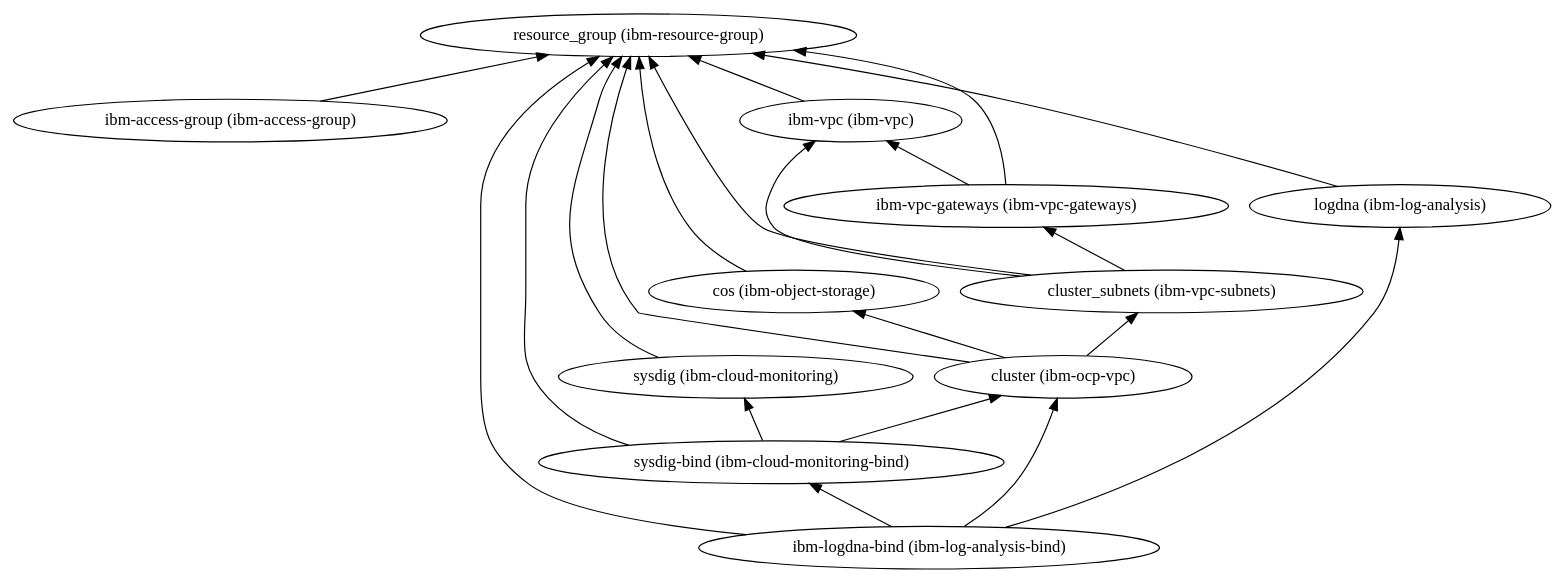
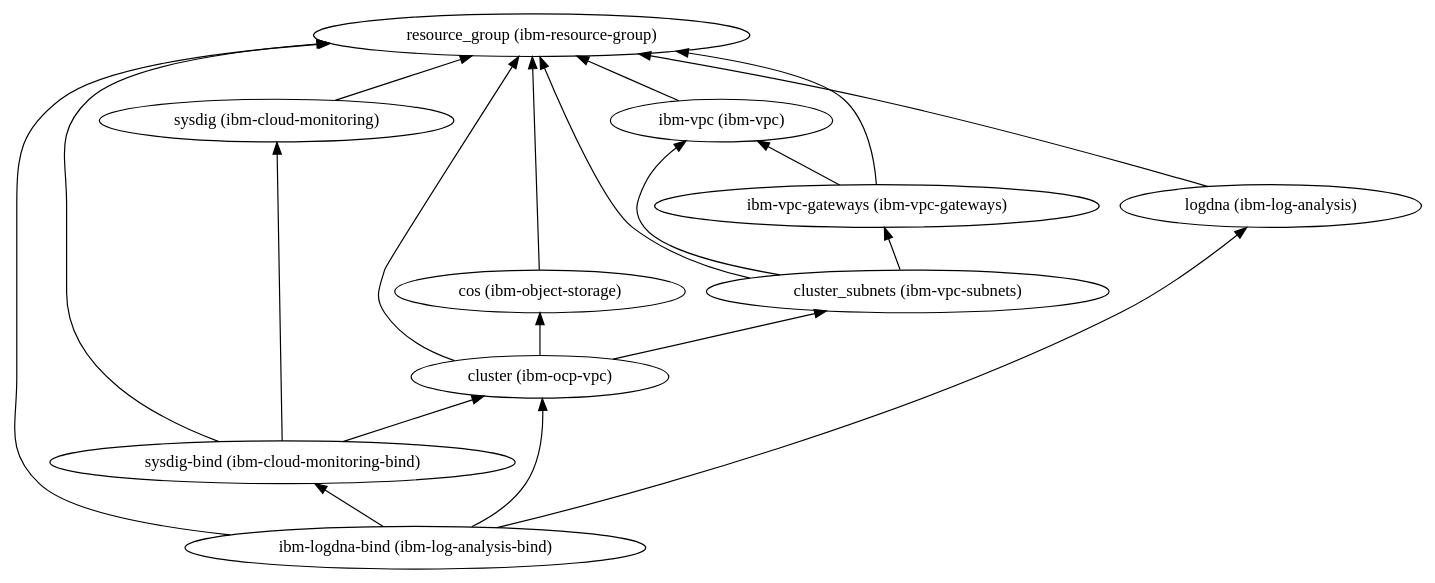
Before and after one commit to IBM/automation-ibmcloud-infra-openshift: the diagram in automation/1-quickstart/110-vpc-openshift/dependencies.dot, drawn with Graphviz. The commit also changed 2 other files, not shown here.

```diff
--- a/automation/1-quickstart/110-vpc-openshift/dependencies.dot
+++ b/automation/1-quickstart/110-vpc-openshift/dependencies.dot
@@ -1,34 +1,32 @@
 digraph {
     rankdir="BT"
     "resource_group (ibm-resource-group)"
-"ibm-access-group (ibm-access-group)" -> "resource_group (ibm-resource-group)"
-"ibm-access-group (ibm-access-group)"
 "sysdig (ibm-cloud-monitoring)" -> "resource_group (ibm-resource-group)"
 "sysdig (ibm-cloud-monitoring)"
 "sysdig-bind (ibm-cloud-monitoring-bind)" -> "cluster (ibm-ocp-vpc)"
 "sysdig-bind (ibm-cloud-monitoring-bind)" -> "resource_group (ibm-resource-group)"
 "sysdig-bind (ibm-cloud-monitoring-bind)" -> "sysdig (ibm-cloud-monitoring)"
 "sysdig-bind (ibm-cloud-monitoring-bind)"
 "cluster (ibm-ocp-vpc)" -> "resource_group (ibm-resource-group)"
 "cluster (ibm-ocp-vpc)" -> "cos (ibm-object-storage)"
 "cluster (ibm-ocp-vpc)" -> "cluster_subnets (ibm-vpc-subnets)"
 "cluster (ibm-ocp-vpc)"
 "cos (ibm-object-storage)" -> "resource_group (ibm-resource-group)"
 "cos (ibm-object-storage)"
 "cluster_subnets (ibm-vpc-subnets)" -> "resource_group (ibm-resource-group)"
 "cluster_subnets (ibm-vpc-subnets)" -> "ibm-vpc (ibm-vpc)"
 "cluster_subnets (ibm-vpc-subnets)" -> "ibm-vpc-gateways (ibm-vpc-gateways)"
 "cluster_subnets (ibm-vpc-subnets)"
 "ibm-vpc (ibm-vpc)" -> "resource_group (ibm-resource-group)"
 "ibm-vpc (ibm-vpc)"
 "ibm-vpc-gateways (ibm-vpc-gateways)" -> "resource_group (ibm-resource-group)"
 "ibm-vpc-gateways (ibm-vpc-gateways)" -> "ibm-vpc (ibm-vpc)"
 "ibm-vpc-gateways (ibm-vpc-gateways)"
 "logdna (ibm-log-analysis)" -> "resource_group (ibm-resource-group)"
 "logdna (ibm-log-analysis)"
 "ibm-logdna-bind (ibm-log-analysis-bind)" -> "cluster (ibm-ocp-vpc)"
 "ibm-logdna-bind (ibm-log-analysis-bind)" -> "resource_group (ibm-resource-group)"
 "ibm-logdna-bind (ibm-log-analysis-bind)" -> "logdna (ibm-log-analysis)"
 "ibm-logdna-bind (ibm-log-analysis-bind)" -> "sysdig-bind (ibm-cloud-monitoring-bind)"
 "ibm-logdna-bind (ibm-log-analysis-bind)"
   }
```
